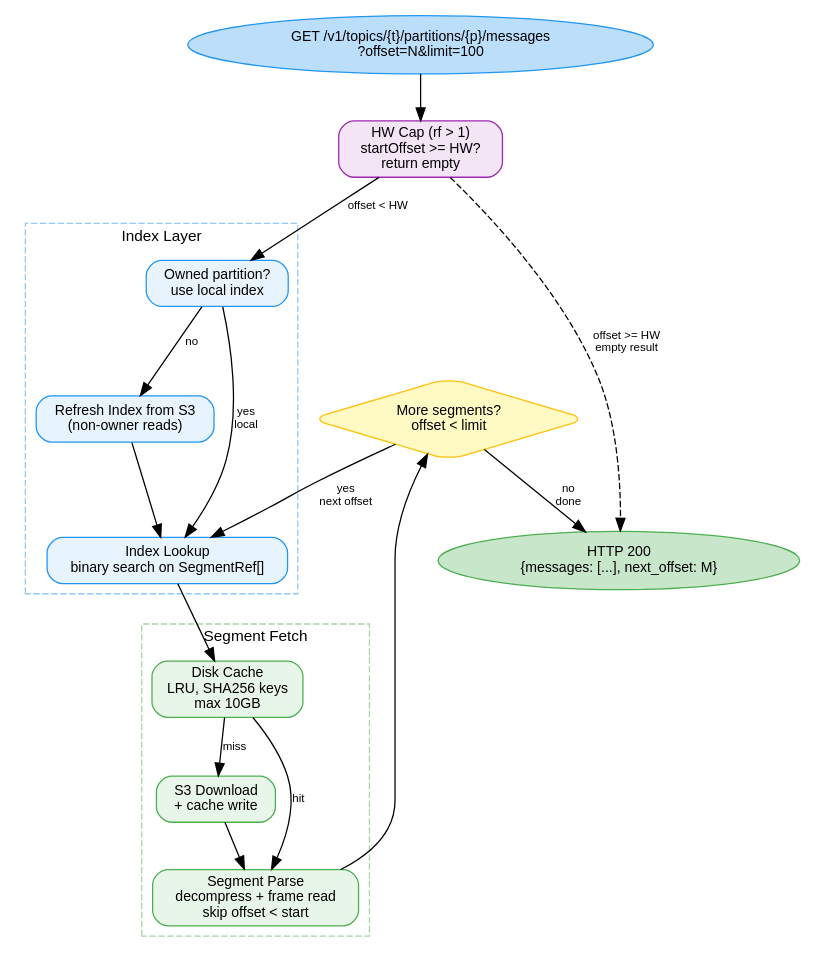
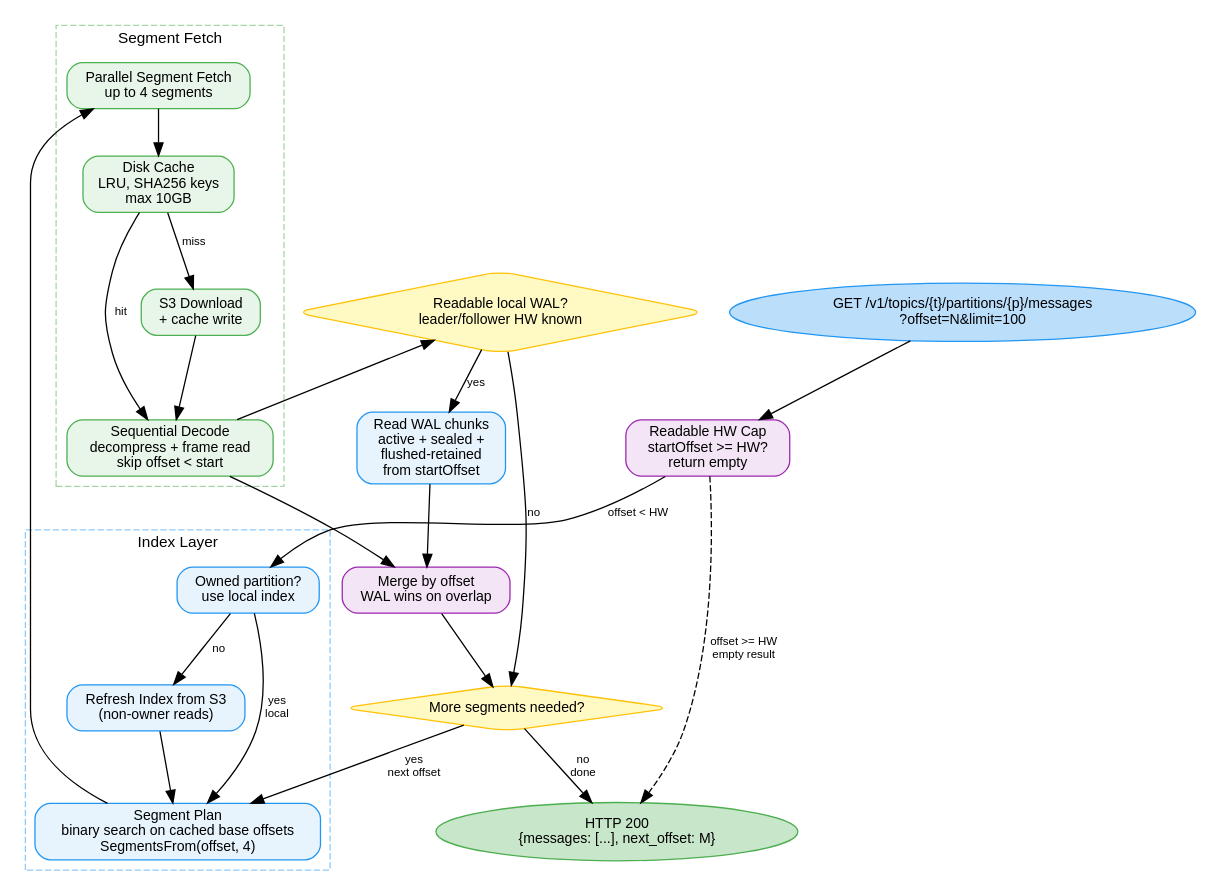
The diagram in docs/diagrams/read-path.dot (fatum/camu), drawn with Graphviz before and after one commit. The commit also changed 69 other files, not shown here.

```diff
--- a/docs/diagrams/read-path.dot
+++ b/docs/diagrams/read-path.dot
@@ -1,45 +1,55 @@
 digraph read_path {
     rankdir=TB
     bgcolor="white"
     node [fontname="Helvetica" fontsize=11 style="filled,rounded" shape=box]
     edge [fontname="Helvetica" fontsize=9]
 
     node [fillcolor="#E8F4FD" color="#2196F3"]
 
     req [label="GET /v1/topics/{t}/partitions/{p}/messages\n?offset=N&limit=100" shape=oval fillcolor="#BBDEFB"]
     resp [label="HTTP 200\n{messages: [...], next_offset: M}" shape=oval fillcolor="#C8E6C9" color="#4CAF50"]
 
-    hw_check [label="HW Cap (rf > 1)\nstartOffset >= HW?\nreturn empty" fillcolor="#F3E5F5" color="#9C27B0"]
+    hw_check [label="Readable HW Cap\nstartOffset >= HW?\nreturn empty" fillcolor="#F3E5F5" color="#9C27B0"]
 
     subgraph cluster_index {
         label="Index Layer" style="dashed" color="#90CAF9" fontname="Helvetica" fontsize=12
         owned_check [label="Owned partition?\nuse local index"]
         refresh [label="Refresh Index from S3\n(non-owner reads)"]
-        lookup [label="Index Lookup\nbinary search on SegmentRef[]"]
+        lookup [label="Segment Plan\nbinary search on cached base offsets\nSegmentsFrom(offset, 4)"]
     }
 
     subgraph cluster_fetch {
         label="Segment Fetch" style="dashed" color="#A5D6A7" fontname="Helvetica" fontsize=12
         node [fillcolor="#E8F5E9" color="#4CAF50"]
+        parallel_fetch [label="Parallel Segment Fetch\nup to 4 segments"]
         disk_cache [label="Disk Cache\nLRU, SHA256 keys\nmax 10GB"]
         s3_fetch [label="S3 Download\n+ cache write"]
-        parse [label="Segment Parse\ndecompress + frame read\nskip offset < start"]
+        parse [label="Sequential Decode\ndecompress + frame read\nskip offset < start"]
     }
 
-    multi [label="More segments?\noffset < limit" shape=diamond fillcolor="#FFF9C4" color="#FFC107"]
+    wal_overlay [label="Readable local WAL?\nleader/follower HW known" shape=diamond fillcolor="#FFF9C4" color="#FFC107"]
+    wal_read [label="Read WAL chunks\nactive + sealed +\nflushed-retained\nfrom startOffset"]
+    merge [label="Merge by offset\nWAL wins on overlap" fillcolor="#F3E5F5" color="#9C27B0"]
+    multi [label="More segments needed?" shape=diamond fillcolor="#FFF9C4" color="#FFC107"]
 
     // Flow
     req -> hw_check
     hw_check -> owned_check [label="offset < HW"]
     hw_check -> resp [label="offset >= HW\nempty result" style=dashed]
     owned_check -> lookup [label="yes\nlocal"]
     owned_check -> refresh [label="no"]
     refresh -> lookup
-    lookup -> disk_cache
+    lookup -> parallel_fetch
+    parallel_fetch -> disk_cache
     disk_cache -> parse [label="hit"]
     disk_cache -> s3_fetch [label="miss"]
     s3_fetch -> parse
-    parse -> multi
+    parse -> wal_overlay
+    wal_overlay -> wal_read [label="yes"]
+    wal_overlay -> multi [label="no"]
+    wal_read -> merge
+    parse -> merge
+    merge -> multi
     multi -> lookup [label="yes\nnext offset"]
     multi -> resp [label="no\ndone"]
 }
```
